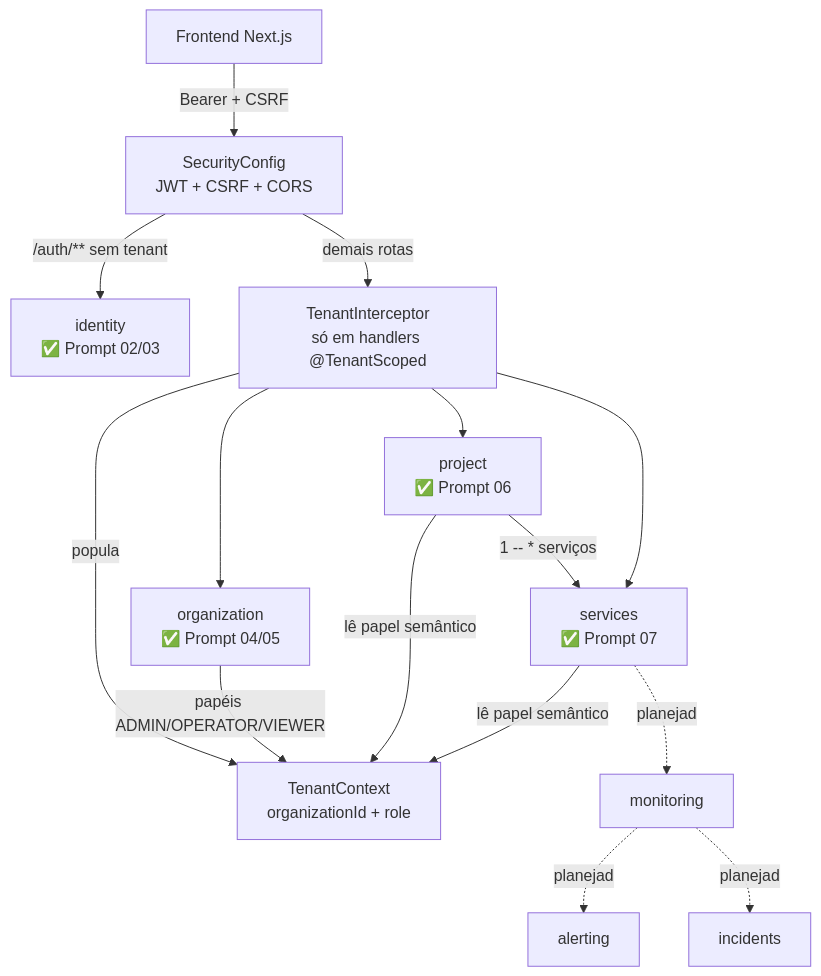
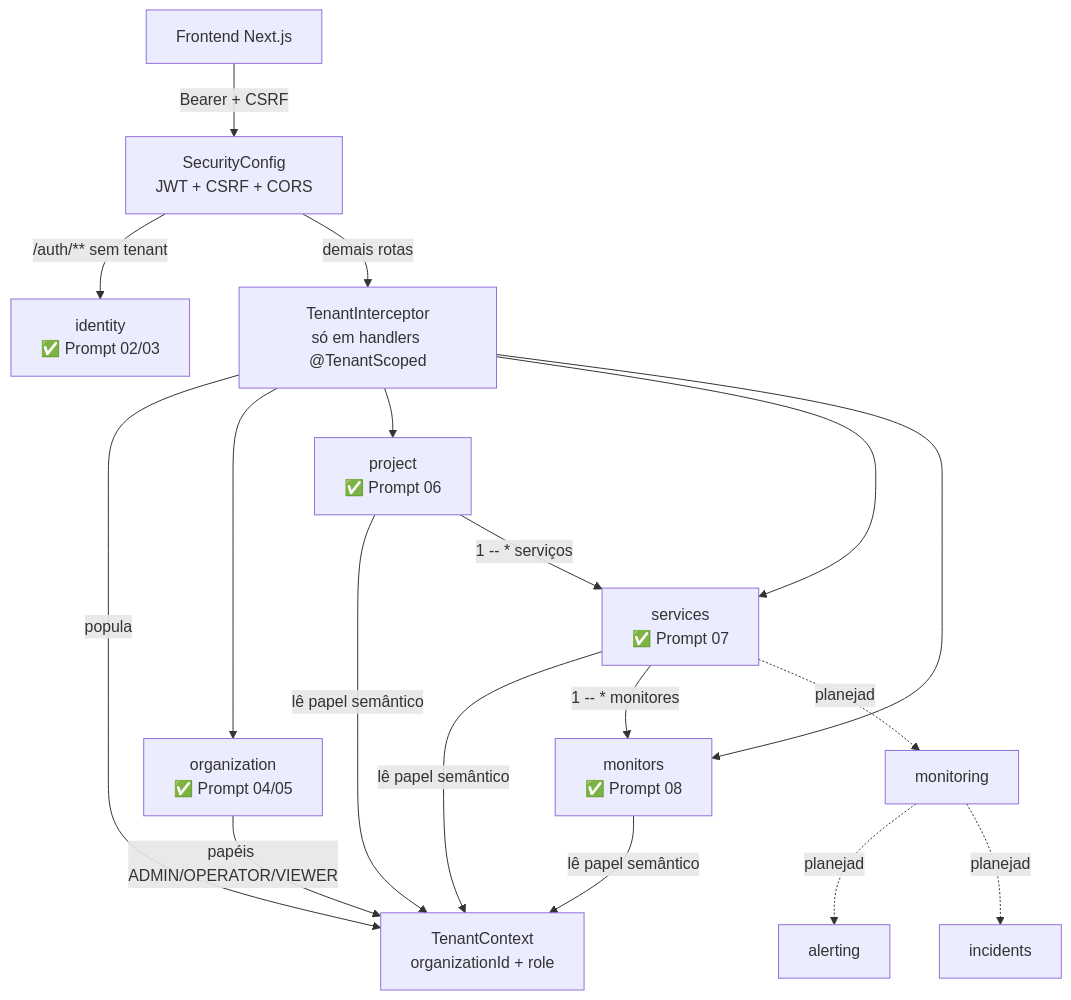
The first of 3 diagrams in docs/architecture-foundation.md (diegovieiradv/project-sentinel), drawn with Mermaid before and after one commit. The commit also changed other lines of this file and 27 other files, not shown here.

````diff
--- a/docs/architecture-foundation.md
+++ b/docs/architecture-foundation.md
@@ -31,17 +32,20 @@
 ```mermaid
 graph TB
     FE[Frontend Next.js] -->|Bearer + CSRF| BE[SecurityConfig<br/>JWT + CSRF + CORS]
     BE -->|/auth/** sem tenant| ID[identity<br/>✅ Prompt 02/03]
     BE -->|demais rotas| INTER[TenantInterceptor<br/>só em handlers @TenantScoped]
     INTER -->|popula| TC[TenantContext<br/>organizationId + role]
     INTER --> ORG[organization<br/>✅ Prompt 04/05]
     INTER --> PRJ[project<br/>✅ Prompt 06]
     INTER --> SVC[services<br/>✅ Prompt 07]
+    INTER --> MONIT[monitors<br/>✅ Prompt 08]
     ORG -->|papéis ADMIN/OPERATOR/VIEWER| TC
     PRJ -->|lê papel semântico| TC
     SVC -->|lê papel semântico| TC
+    MONIT -->|lê papel semântico| TC
     PRJ -->|1 -- * serviços| SVC
+    SVC -->|1 -- * monitores| MONIT
     SVC -.planejado.-> MON[monitoring]
     MON -.planejado.-> ALT[alerting]
     MON -.planejado.-> INC[incidents]
 ```
````
